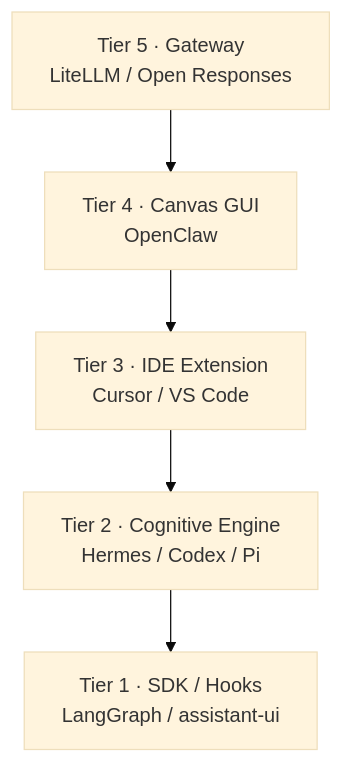
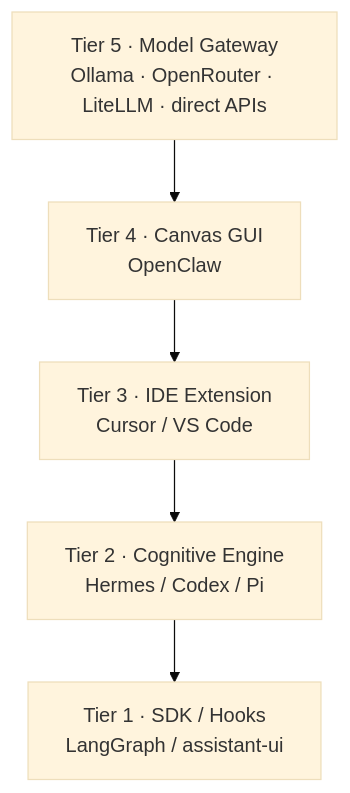
Before and after one commit to mrgizmo212/make-no-mistakes: the diagram in README.md, drawn with Mermaid (base theme). The commit also changed other lines of this file and 3 other files, not shown here.

First line of the commit message:
Clarify Tier 5 model routing: Ollama and OpenRouter, not LiteLLM-only.

````diff
--- a/README.md
+++ b/README.md
@@ -68,9 +68,9 @@
 ```mermaid
 flowchart TB
-  T5["Tier 5 · Gateway<br/>LiteLLM / Open Responses"]
+  T5["Tier 5 · Model Gateway<br/>Ollama · OpenRouter · LiteLLM · direct APIs"]
   T4["Tier 4 · Canvas GUI<br/>OpenClaw"]
   T3["Tier 3 · IDE Extension<br/>Cursor / VS Code"]
   T2["Tier 2 · Cognitive Engine<br/>Hermes / Codex / Pi"]
   T1["Tier 1 · SDK / Hooks<br/>LangGraph / assistant-ui"]
   T5 --> T4 --> T3 --> T2 --> T1
 ```
````
